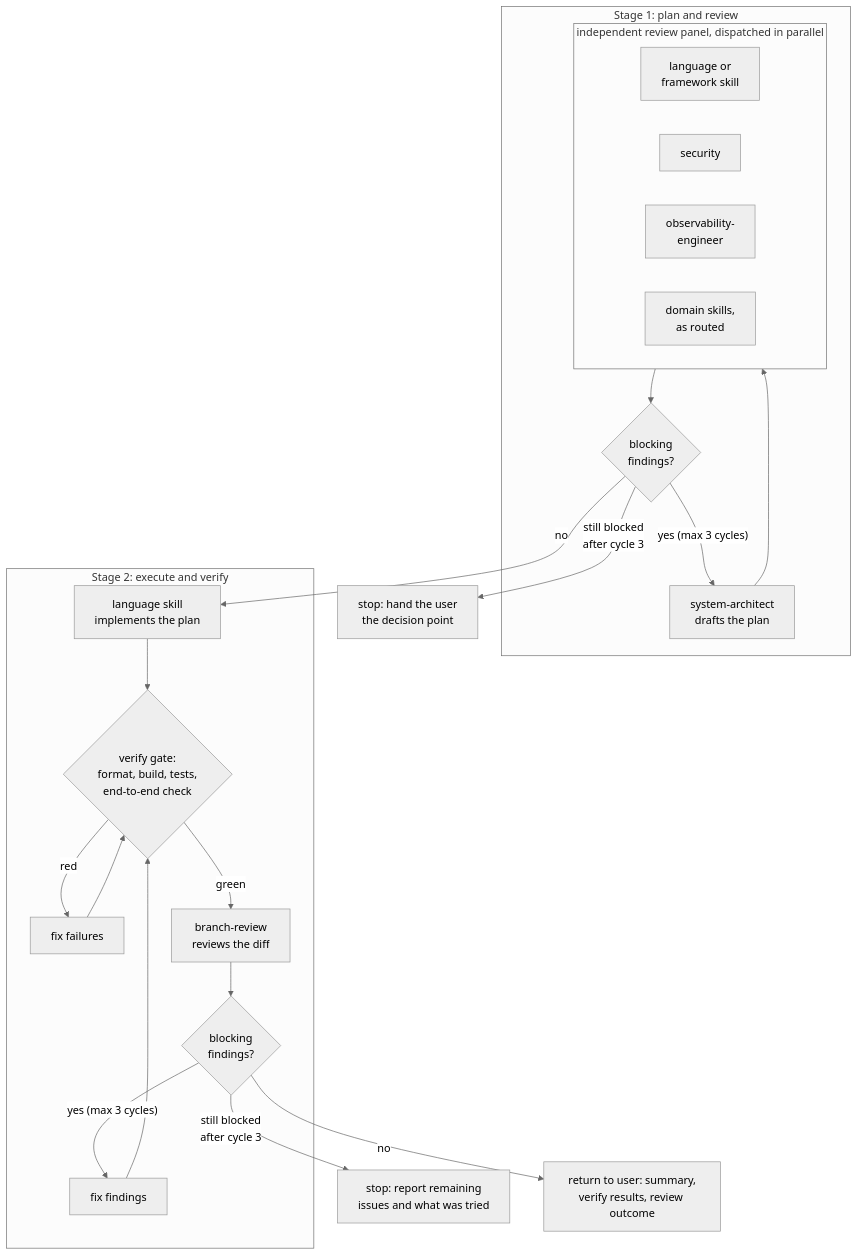
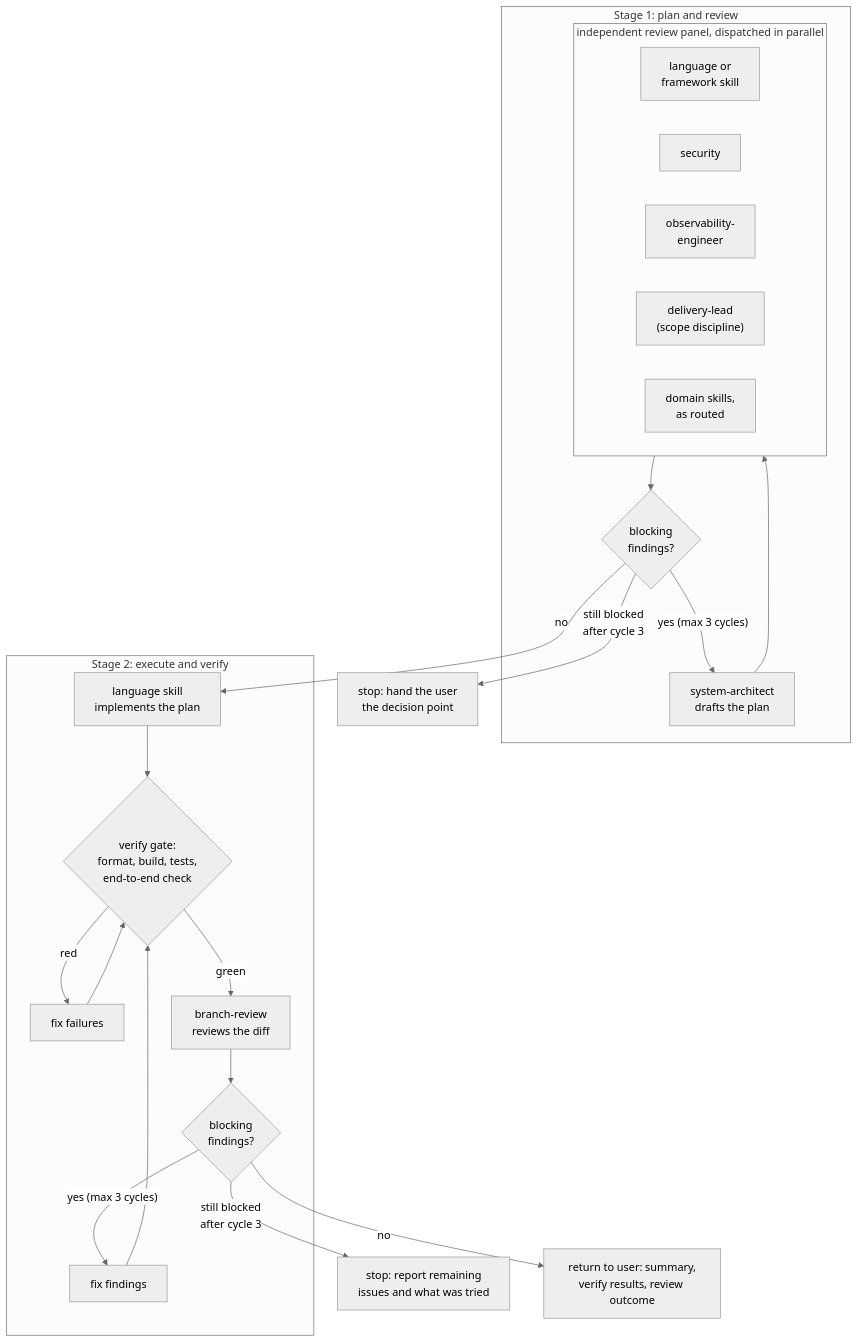
One commit to brenordv/claude-skill-set changed the second of 3 diagrams in README.md. Above: the diagram before and after it, drawn with Mermaid (neutral theme). The commit also changed other lines of this file and 3 other files, not shown here.

Commit message:
Add scope discipline guidelines and delivery-lead review lens documentation to ensure focus on user prompts and prevent scope creep.

````diff
--- a/README.md
+++ b/README.md
@@ -113,27 +113,28 @@
 ```mermaid
 flowchart TD
     subgraph S1["Stage 1: plan and review"]
         ARCH["system-architect<br/>drafts the plan"] --> PANEL
         subgraph PANEL["independent review panel, dispatched in parallel"]
             direction LR
             LANG["language or<br/>framework skill"]
             SEC["security"]
             OBS["observability-<br/>engineer"]
+            LEAD["delivery-lead<br/>(scope discipline)"]
             DOM["domain skills,<br/>as routed"]
         end
         PANEL --> TRIAGE{"blocking<br/>findings?"}
         TRIAGE -->|"yes (max 3 cycles)"| ARCH
     end
     TRIAGE -->|"still blocked<br/>after cycle 3"| STOP1["stop: hand the user<br/>the decision point"]
     TRIAGE -->|"no"| EXEC
 
     subgraph S2["Stage 2: execute and verify"]
         EXEC["language skill<br/>implements the plan"] --> GATE{"verify gate:<br/>format, build, tests,<br/>end-to-end check"}
         GATE -->|"red"| FIXG["fix failures"] --> GATE
         GATE -->|"green"| BR["branch-review<br/>reviews the diff"]
         BR --> TRIAGE2{"blocking<br/>findings?"}
         TRIAGE2 -->|"yes (max 3 cycles)"| FIXR["fix findings"] --> GATE
     end
     TRIAGE2 -->|"still blocked<br/>after cycle 3"| STOP2["stop: report remaining<br/>issues and what was tried"]
     TRIAGE2 -->|"no"| DONE["return to user: summary,<br/>verify results, review outcome"]
 ```
````
